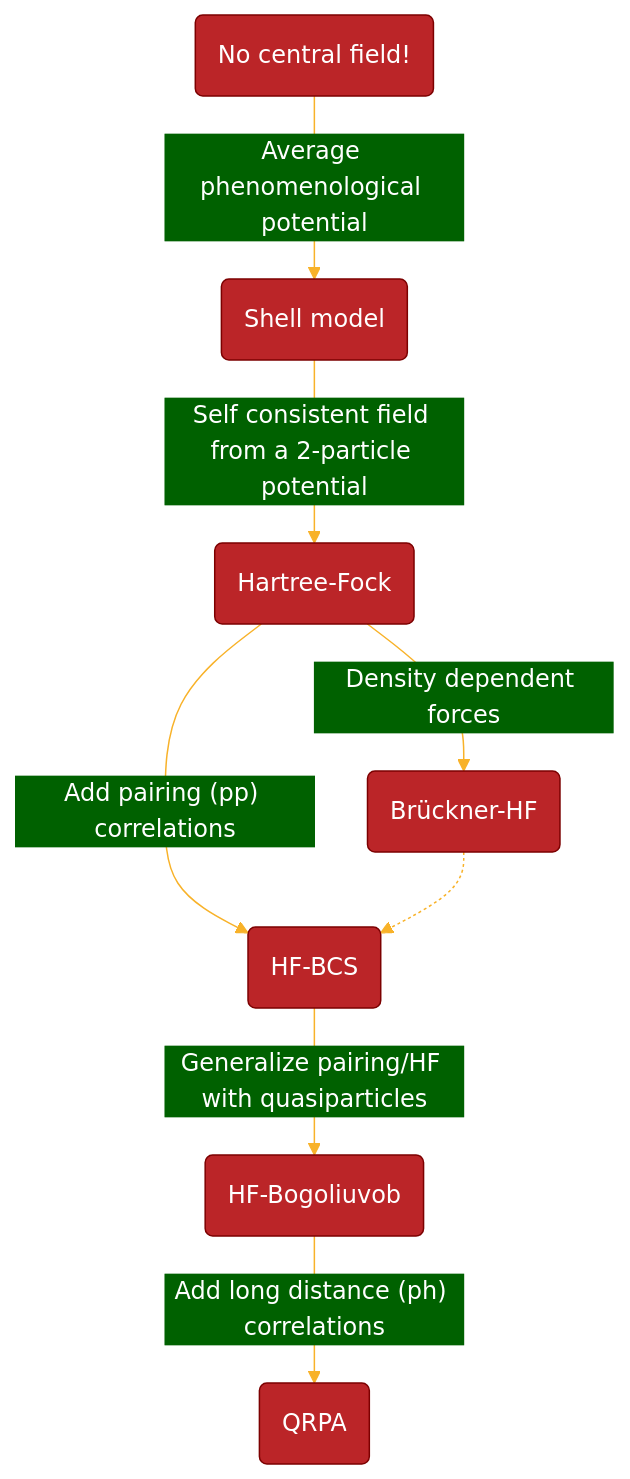
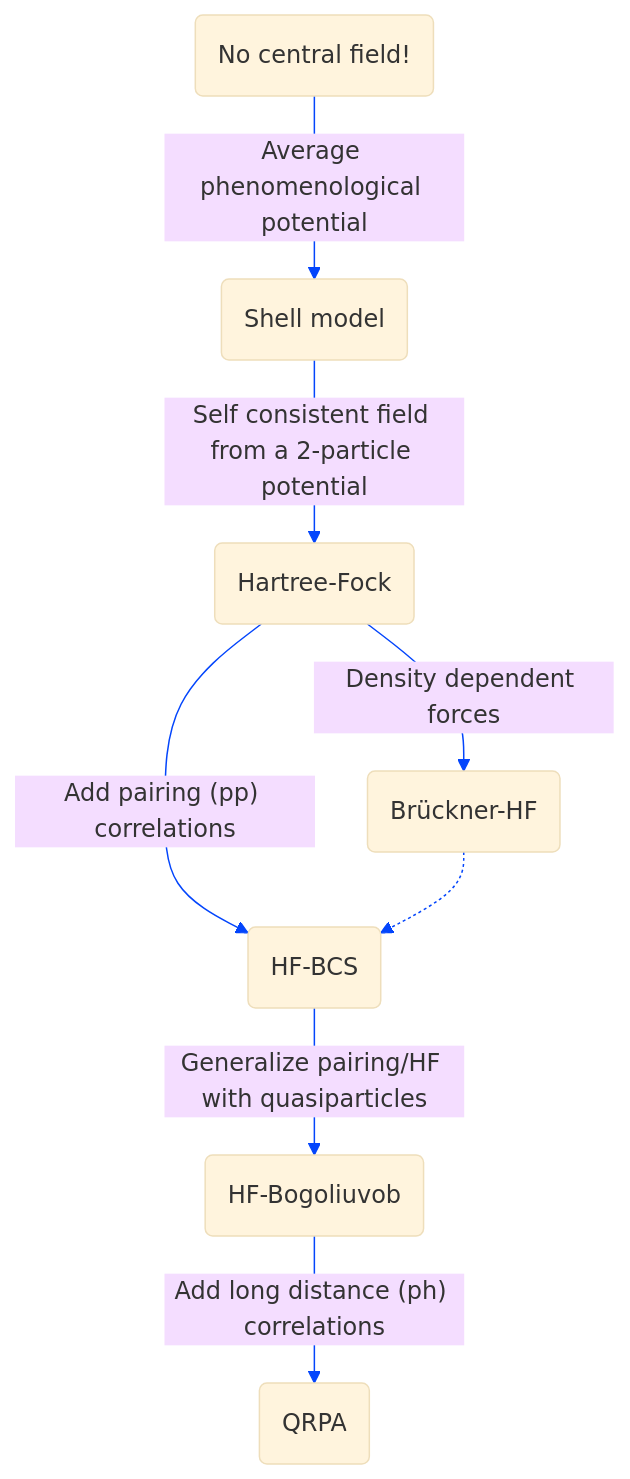
The diagram in src/site/notes/Neutrino-nucleus/Mean field theory.md (Pabce/many-stupid-notes), drawn with Mermaid before and after one commit.

Commit message:
Update note Neutrino-nucleus/Mean field theory.md

````diff
--- a/src/site/notes/Neutrino-nucleus/Mean field theory.md
+++ b/src/site/notes/Neutrino-nucleus/Mean field theory.md
@@ -6,19 +6,20 @@
 ```mermaid
-%%{ init: { 'theme': 'base', 'themeVariables': { 'primaryColor': '#BB2528', 'primaryTextColor': '#fff', 'primaryBorderColor': '#7C0000', 'lineColor': '#F8B229', 'secondaryColor': '#006100', 'tertiaryColor': '#fff' } } }%%
+%%{ init: { 'theme': 'base',
+    'themeVariables': { 'background': '#fcba03' } } }%%
     flowchart TD
         id1(No central field!)
         id2(Shell model)
         id3(Hartree-Fock)
         id4(HF-BCS)
         id5(HF-Bogoliuvob)
         id6(QRPA)
         id7(Brückner-HF)
         
         id1-->|Average phenomenological potential|id2
         id2-->|Self consistent field from a 2-particle potential|id3
         id3-->|"Add pairing (pp) correlations"|id4
         id4-->|Generalize pairing/HF with quasiparticles|id5
         id5-->|"Add long distance (ph) correlations"|id6
         id3-->|Density dependent forces|id7
         id7-.->id4
 ```
````
